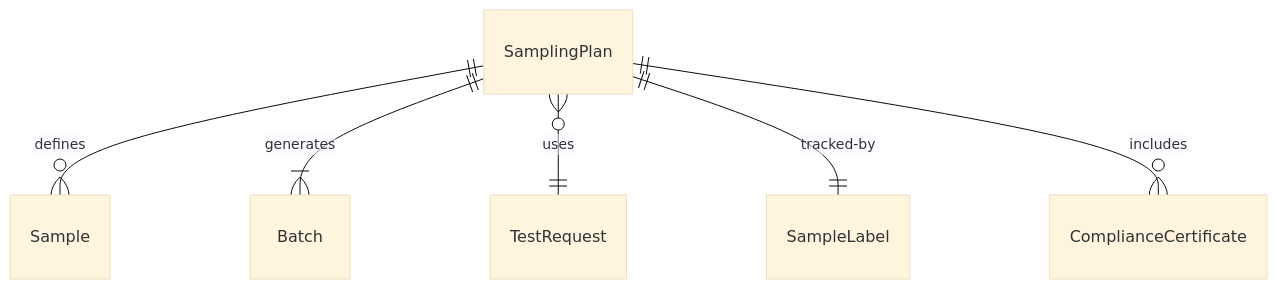
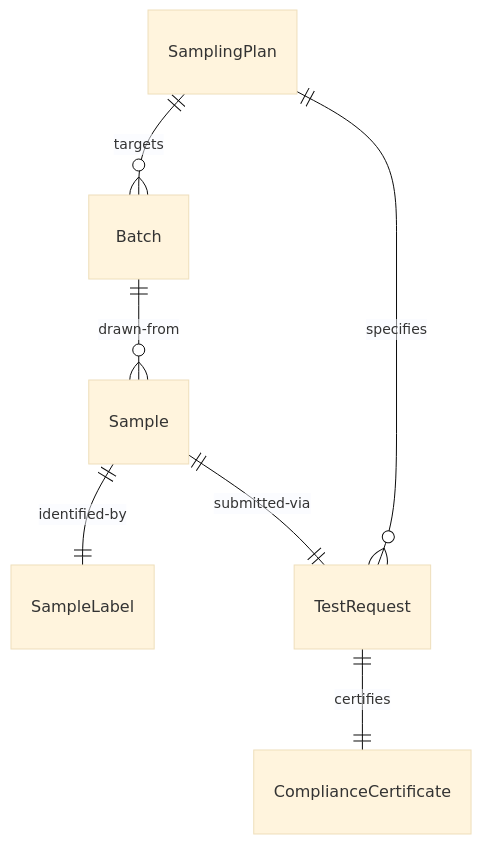
The first of 4 diagrams in HandlingAndMovingObjects/CollectSamplesOfProductsOrMaterials/CollectSamplesAnalysisTesting.mdx (dot-org-ai/tasks.org.ai), drawn with Mermaid (base theme) before and after one commit. The commit also changed other lines of this file and 515 other files, not shown here.

````diff
--- a/HandlingAndMovingObjects/CollectSamplesOfProductsOrMaterials/CollectSamplesAnalysisTesting.mdx
+++ b/HandlingAndMovingObjects/CollectSamplesOfProductsOrMaterials/CollectSamplesAnalysisTesting.mdx
@@ -88,8 +88,9 @@
 ```mermaid
 erDiagram
-    SamplingPlan ||--o{ Sample : "defines"
-    SamplingPlan ||--|{ Batch : "generates"
-    SamplingPlan }o--|| TestRequest : "uses"
-    SamplingPlan ||--|| SampleLabel : "tracked-by"
-    SamplingPlan ||--o{ ComplianceCertificate : "includes"
+    SamplingPlan ||--o{ Batch : "targets"
+    Batch ||--o{ Sample : "drawn-from"
+    Sample ||--|| SampleLabel : "identified-by"
+    Sample ||--|| TestRequest : "submitted-via"
+    TestRequest ||--|| ComplianceCertificate : "certifies"
+    SamplingPlan ||--o{ TestRequest : "specifies"
 ```
````
